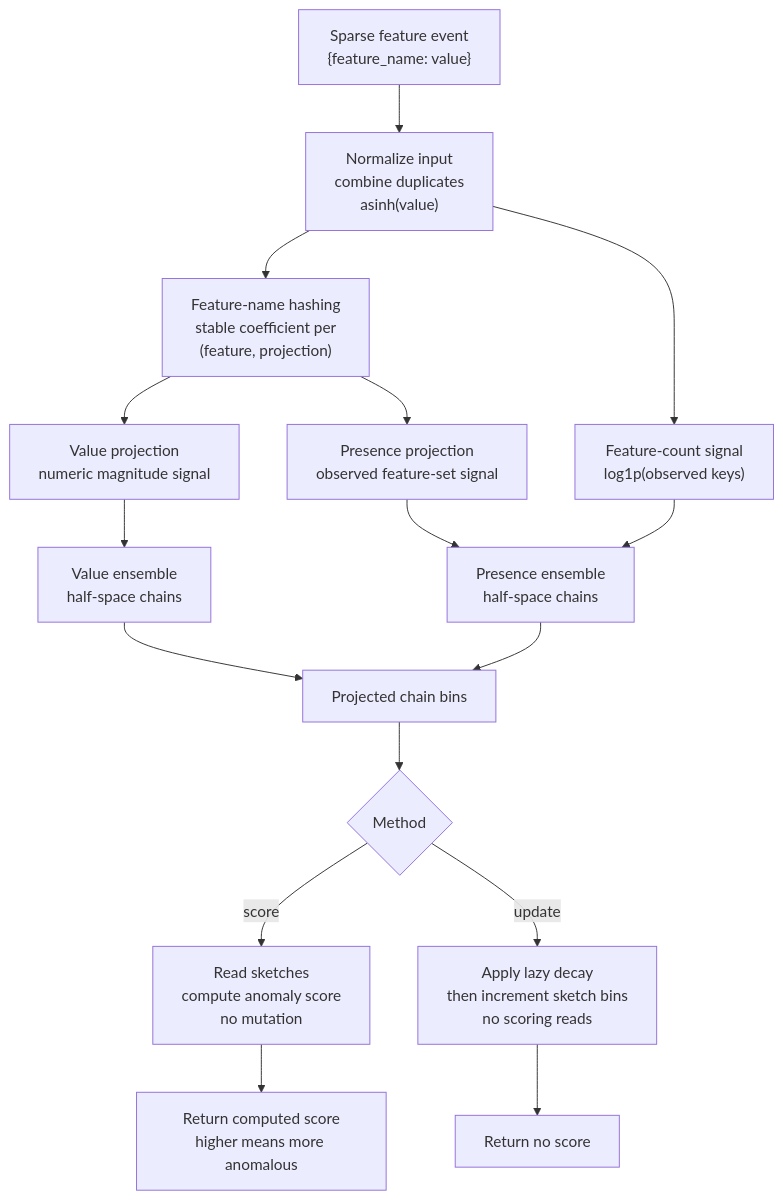
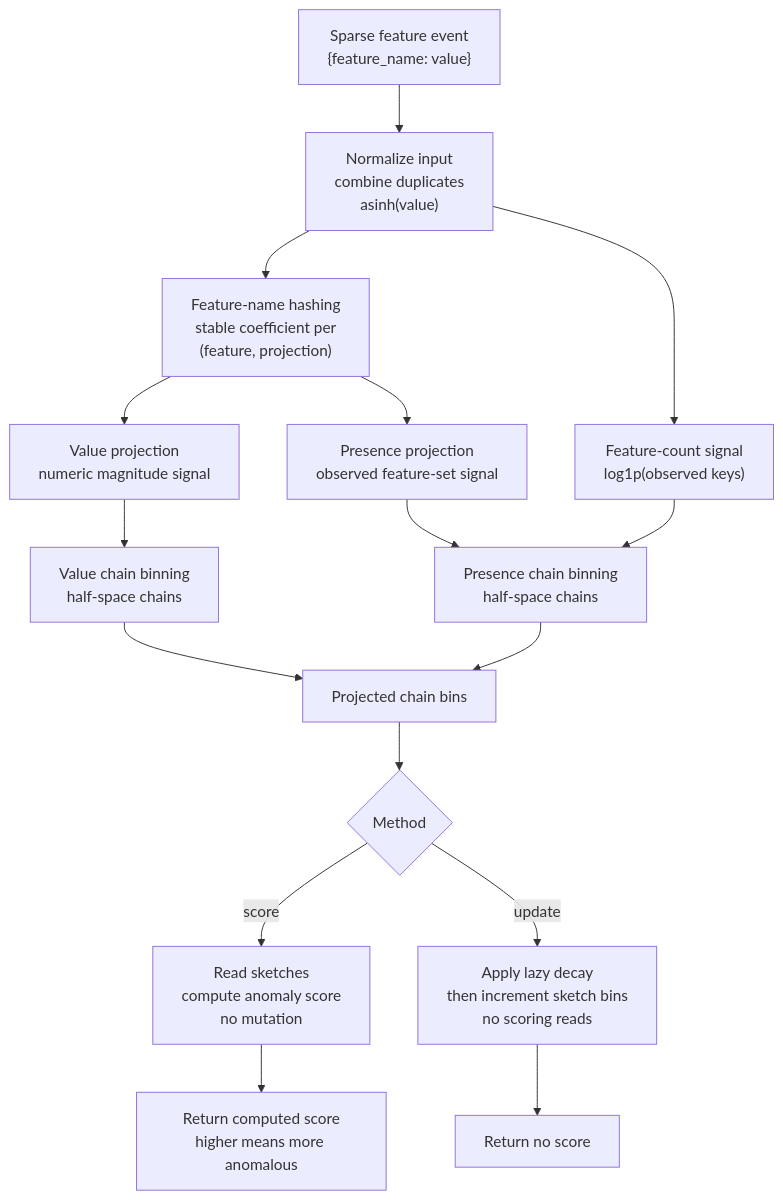
Before and after one commit to Bing-su/rcf3: the first of 2 diagrams in research/featuresketch.md, drawn with Mermaid. The commit also changed other lines of this file, not shown here.

````diff
--- a/research/featuresketch.md
+++ b/research/featuresketch.md
@@ -132,18 +132,18 @@
 ```mermaid
 flowchart TD
     A["Sparse feature event<br/>{feature_name: value}"] --> B["Normalize input<br/>combine duplicates<br/>asinh(value)"]
     B --> C["Feature-name hashing<br/>stable coefficient per<br/>(feature, projection)"]
     C --> D["Value projection<br/>numeric magnitude signal"]
     C --> E["Presence projection<br/>observed feature-set signal"]
     B --> F["Feature-count signal<br/>log1p(observed keys)"]
-    D --> G["Value ensemble<br/>half-space chains"]
-    E --> H["Presence ensemble<br/>half-space chains"]
+    D --> G["Value chain binning<br/>half-space chains"]
+    E --> H["Presence chain binning<br/>half-space chains"]
     F --> H
     G --> I["Projected chain bins"]
     H --> I
     I --> J{"Method"}
     J -->|score| K["Read sketches<br/>compute anomaly score<br/>no mutation"]
     J -->|update| L["Apply lazy decay<br/>then increment sketch bins<br/>no scoring reads"]
     K --> M["Return computed score<br/>higher means more anomalous"]
     L --> N["Return no score"]
 ```
````
